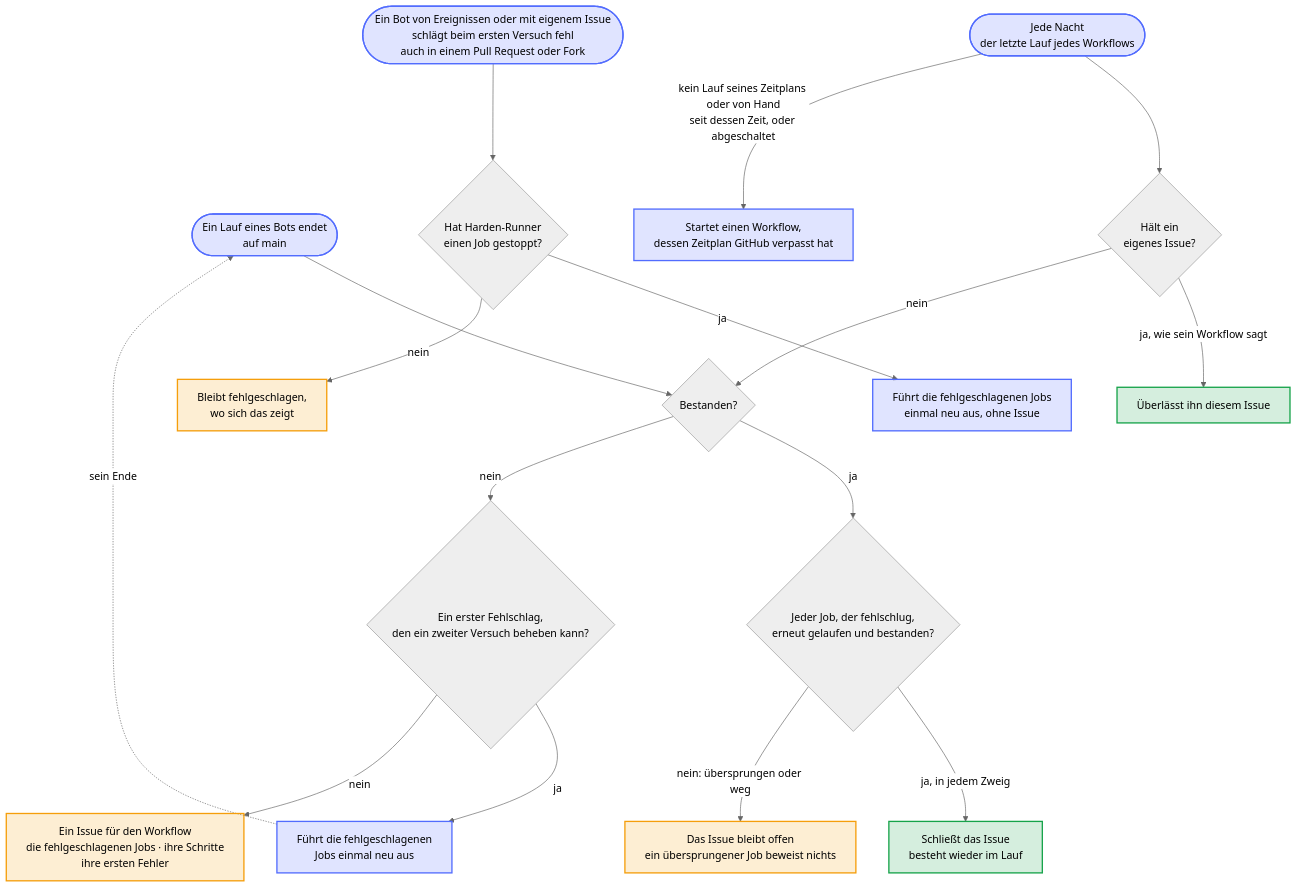
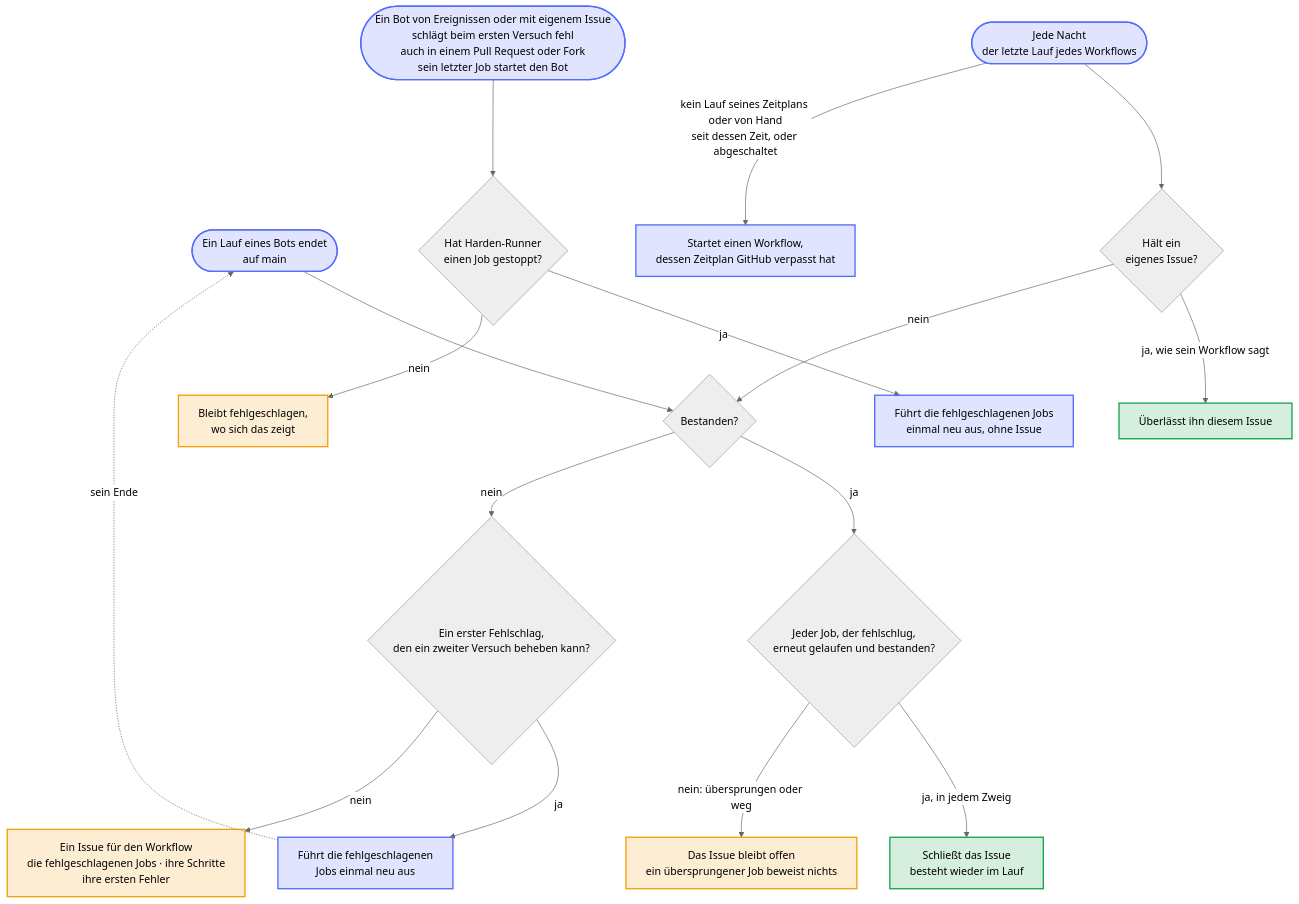
One commit to Dennis-Otto/repo-blueprint changed the diagram in docs/diagrams/what-the-bot-health-bot-does-when-a-bot-fails.de.mmd. Above: the diagram before and after it, drawn with Mermaid (neutral theme). The commit also changed 30 other files, not shown here.

```diff
--- a/docs/diagrams/what-the-bot-health-bot-does-when-a-bot-fails.de.mmd
+++ b/docs/diagrams/what-the-bot-health-bot-does-when-a-bot-fails.de.mmd
@@ -1,48 +1,48 @@
 ---
 config:
   flowchart:
     wrappingWidth: 400
 ---
 flowchart TB
     accTitle: Was der Bot für den Zustand der Bots tut, wenn ein Bot fehlschlägt
-    accDescr: Wenn ein Lauf eines Bots oder eines geplanten Workflows auf dem Standardbranch endet, sieht der Bot ihn sich an; andere Läufe von Pull Requests starten nichts. Schlägt ein Bot von Ereignissen, etwa Welcome, oder ein Workflow mit eigenem Issue bei seinem ersten Versuch fehl, auch in einem Pull Request oder einem Fork, laufen seine fehlgeschlagenen Jobs ohne Issue einmal neu, wenn Harden-Runner einen von ihnen gestoppt hat; sonst bleibt er fehlgeschlagen, wo sich das zeigt. Ein erster Fehlschlag, den ein zweiter Versuch beheben kann, führt seine fehlgeschlagenen Jobs einmal neu aus. Ein Fehlschlag, der bleibt, öffnet ein Issue für den Workflow oder aktualisiert es, mit den fehlgeschlagenen Jobs, ihren Schritten und ihren ersten Fehlern. Ein Lauf, der besteht, schließt das Issue, sobald jeder Job, der fehlschlug, in ihm erneut lief und bestand, in jedem Zweig einer Matrix; ein Lauf, der einen solchen Job übersprang, oder einer ohne ihn lässt das Issue offen. Jede Nacht sieht sich der Bot den letzten Lauf jedes Workflows an, falls GitHub ein Ereignis verloren hat, überlässt aber einen Workflow, der ein eigenes Issue hält, diesem Issue. Er startet einen Workflow, dessen Zeitplan GitHub verpasst oder abgeschaltet hat: einen ohne Lauf seines Zeitplans oder von Hand seit der Zeit seines Zeitplans, gleich welche Pushes ihn seitdem ausgeführt haben.
+    accDescr: Wenn ein Lauf eines Bots oder eines geplanten Workflows auf dem Standardbranch endet, sieht der Bot ihn sich an; andere Läufe von Pull Requests starten nichts. Schlägt ein Bot von Ereignissen, etwa Welcome, oder ein Workflow mit eigenem Issue bei seinem ersten Versuch fehl, auch in einem Pull Request oder einem Fork, startet sein letzter Job den Bot, der seine fehlgeschlagenen Jobs ohne Issue einmal neu ausführt, wenn Harden-Runner einen von ihnen gestoppt hat; sonst bleibt er fehlgeschlagen, wo sich das zeigt. Ein erster Fehlschlag, den ein zweiter Versuch beheben kann, führt seine fehlgeschlagenen Jobs einmal neu aus. Ein Fehlschlag, der bleibt, öffnet ein Issue für den Workflow oder aktualisiert es, mit den fehlgeschlagenen Jobs, ihren Schritten und ihren ersten Fehlern. Ein Lauf, der besteht, schließt das Issue, sobald jeder Job, der fehlschlug, in ihm erneut lief und bestand, in jedem Zweig einer Matrix; ein Lauf, der einen solchen Job übersprang, oder einer ohne ihn lässt das Issue offen. Jede Nacht sieht sich der Bot den letzten Lauf jedes Workflows an, falls GitHub ein Ereignis verloren hat, überlässt aber einen Workflow, der ein eigenes Issue hält, diesem Issue. Er startet einen Workflow, dessen Zeitplan GitHub verpasst oder abgeschaltet hat: einen ohne Lauf seines Zeitplans oder von Hand seit der Zeit seines Zeitplans, gleich welche Pushes ihn seitdem ausgeführt haben.
 
     run(["Ein Lauf eines Bots endet<br>auf main"])
     nightly(["Jede Nacht<br>der letzte Lauf jedes Workflows"])
     own{"Hält ein<br>eigenes Issue?"}
     left["Überlässt ihn diesem Issue"]
     passed{"Bestanden?"}
     jobs{"Jeder Job, der fehlschlug,<br>erneut gelaufen und bestanden?"}
     waits["Das Issue bleibt offen<br>ein übersprungener Job beweist nichts"]
     first{"Ein erster Fehlschlag,<br>den ein zweiter Versuch beheben kann?"}
     again["Führt die fehlgeschlagenen<br>Jobs einmal neu aus"]
     issue["Ein Issue für den Workflow<br>die fehlgeschlagenen Jobs · ihre Schritte<br>ihre ersten Fehler"]
     closed["Schließt das Issue<br>besteht wieder im Lauf"]
     missed["Startet einen Workflow,<br>dessen Zeitplan GitHub verpasst hat"]
-    event(["Ein Bot von Ereignissen oder mit eigenem Issue<br>schlägt beim ersten Versuch fehl<br>auch in einem Pull Request oder Fork"])
+    event(["Ein Bot von Ereignissen oder mit eigenem Issue<br>schlägt beim ersten Versuch fehl<br>auch in einem Pull Request oder Fork<br>sein letzter Job startet den Bot"])
     stopped{"Hat Harden-Runner<br>einen Job gestoppt?"}
     retried["Führt die fehlgeschlagenen Jobs<br>einmal neu aus, ohne Issue"]
     stays["Bleibt fehlgeschlagen,<br>wo sich das zeigt"]
 
     run --> passed
     nightly --> own
     own -- "ja, wie sein Workflow sagt" --> left
     own -- "nein" --> passed
     nightly -- "kein Lauf seines Zeitplans oder von Hand<br>seit dessen Zeit, oder abgeschaltet" --> missed
     passed -- "ja" --> jobs
     jobs -- "ja, in jedem Zweig" --> closed
     jobs -- "nein: übersprungen oder weg" --> waits
     passed -- "nein" --> first
     first -- "ja" --> again
     again -. "sein Ende" .-> run
     first -- "nein" --> issue
     event --> stopped
     stopped -- "ja" --> retried
     stopped -- "nein" --> stays
 
     classDef bot fill:#526cfe2e,stroke:#526cfe,stroke-width:2px
     classDef person fill:#f59e0b2e,stroke:#f59e0b,stroke-width:2px
     classDef done fill:#16a34a2e,stroke:#16a34a,stroke-width:2px
     class run,nightly,again,missed,event,retried bot
     class issue,waits,stays person
     class closed,left done
```
